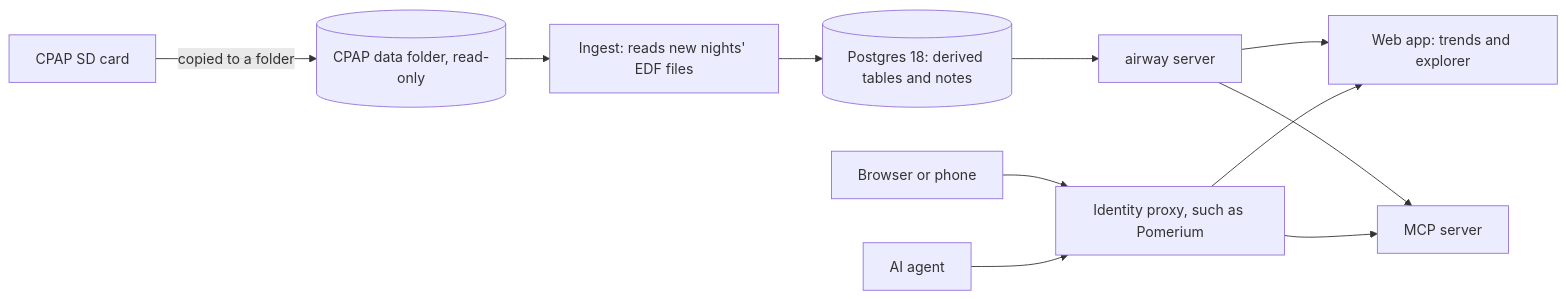
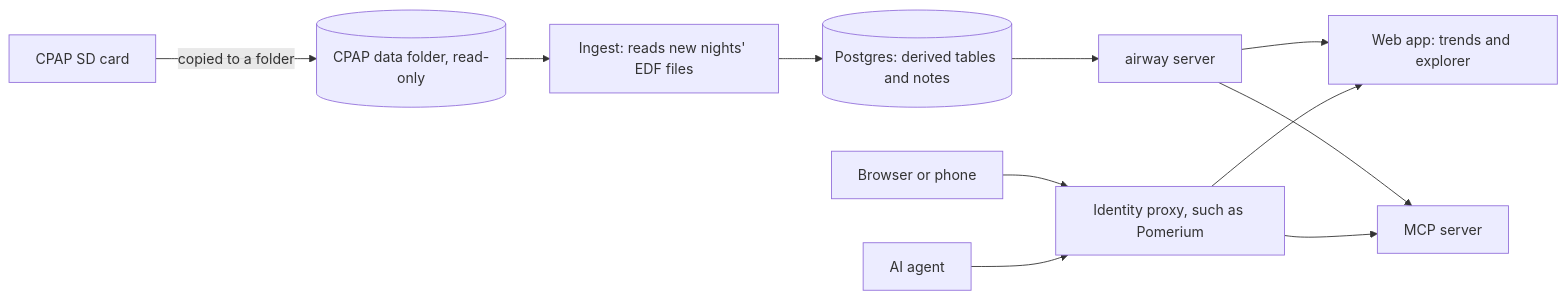
One commit to bojanrajkovic/airway changed the diagram in README.md. Above: the diagram before and after it, drawn with Mermaid. The commit also changed 6 other files, not shown here.

````diff
--- a/README.md
+++ b/README.md
@@ -15,13 +15,13 @@
 ```mermaid
 flowchart LR
   card[CPAP SD card] -->|copied to a folder| data[(CPAP data folder, read-only)]
   data --> ingest[Ingest: reads new nights' EDF files]
-  ingest --> pg[(Postgres 18: derived tables and notes)]
+  ingest --> pg[(Postgres: derived tables and notes)]
   pg --> server[airway server]
   server --> web[Web app: trends and explorer]
   server --> mcp[MCP server]
   browser[Browser or phone] --> proxy[Identity proxy, such as Pomerium]
   agent[AI agent] --> proxy
   proxy --> web
   proxy --> mcp
 ```
````
